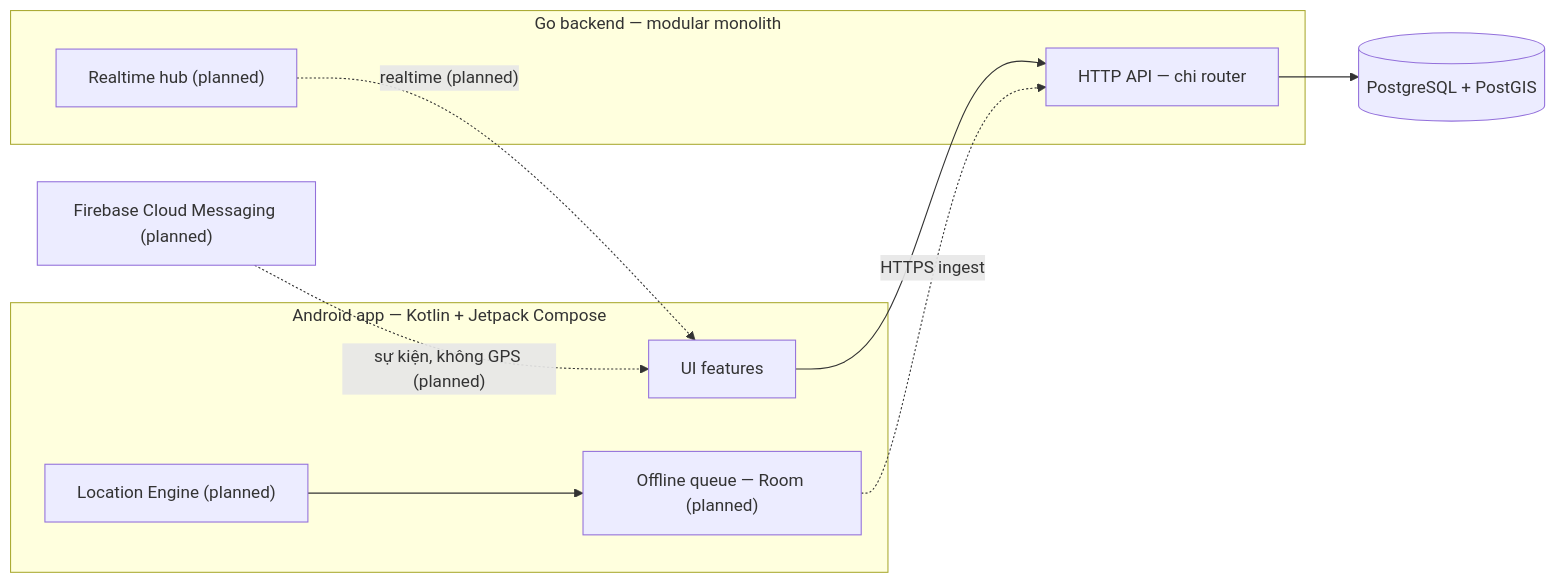
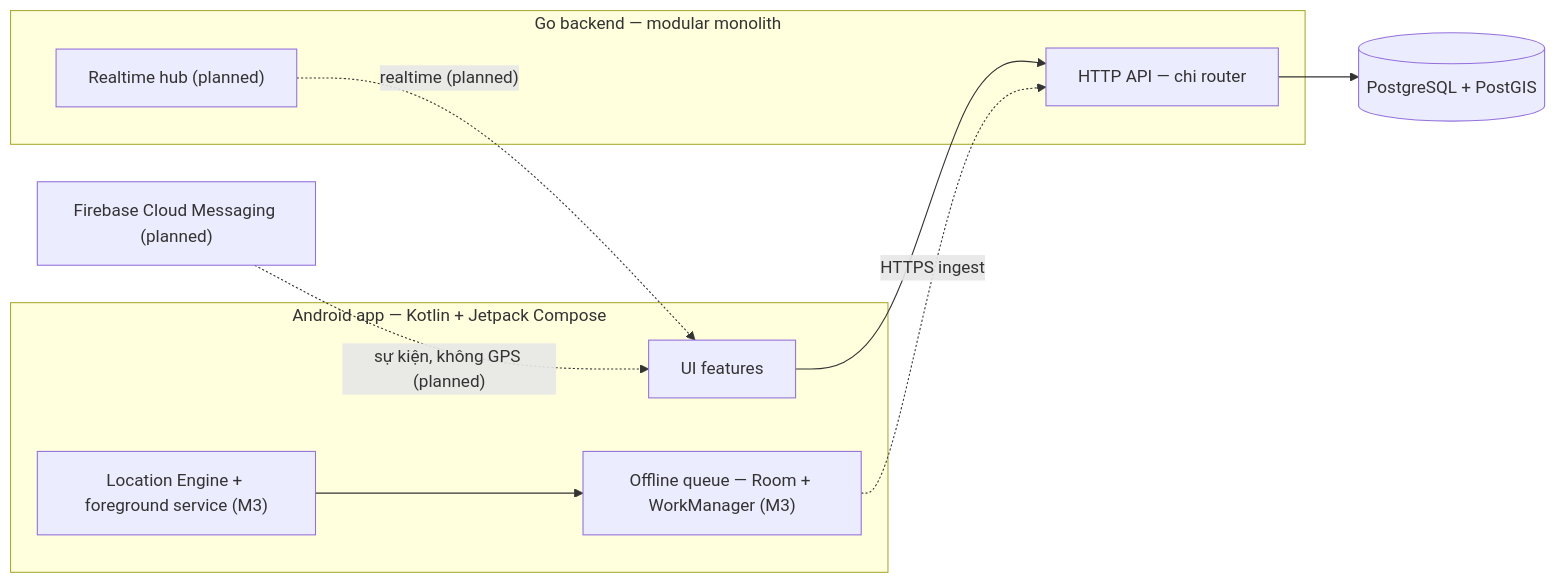
One commit to QuocDuong16/anve changed the diagram in README.md. Above: the diagram before and after it, drawn with Mermaid. The commit also changed other lines of this file and 11 other files, not shown here.

First line of the commit message:
docs: record the M3 location engine design and verification status

````diff
--- a/README.md
+++ b/README.md
@@ -74,20 +77,20 @@
 ```mermaid
 flowchart LR
     subgraph android["Android app — Kotlin + Jetpack Compose"]
         UI["UI features"]
-        LE["Location Engine (planned)"]
-        SQ["Offline queue — Room (planned)"]
+        LE["Location Engine + foreground service (M3)"]
+        SQ["Offline queue — Room + WorkManager (M3)"]
     end
     subgraph server["Go backend — modular monolith"]
         API["HTTP API — chi router"]
         RT["Realtime hub (planned)"]
     end
     DB[("PostgreSQL + PostGIS")]
     FCM["Firebase Cloud Messaging (planned)"]
     LE --> SQ
     SQ -. "HTTPS ingest" .-> API
     UI --> API
     RT -. "realtime (planned)" .-> UI
     FCM -. "sự kiện, không GPS (planned)" .-> UI
     API --> DB
 ```
````
